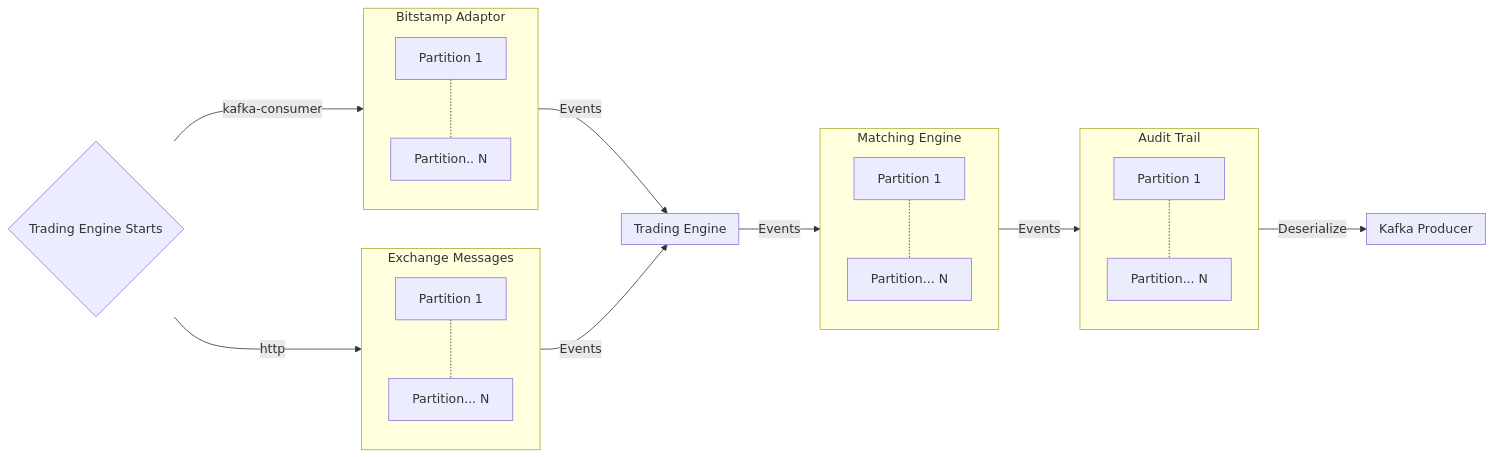
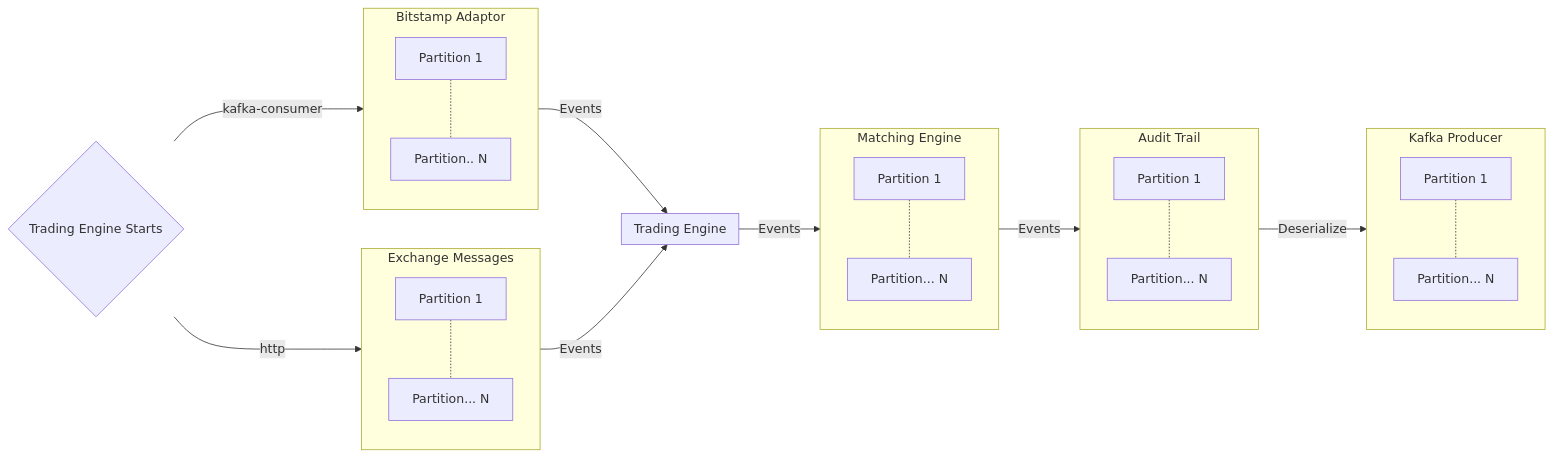
One commit to christopherrons/herron-trading-engine changed the diagram in docs/data-flow.md. Above: the diagram before and after it, drawn with Mermaid.

````diff
--- a/docs/data-flow.md
+++ b/docs/data-flow.md
@@ -11,32 +11,33 @@
 ```mermaid
 flowchart LR;
     TES{Trading Engine Starts} ---> |kafka-consumer| BA
     TES{Trading Engine Starts} ---> |http| EXM
     
     subgraph BA[Bitstamp Adaptor]
         BSP1[Partition 1] -.- BSPN[Partition.. N]
     end
     
    subgraph EXM[Exchange Messages]
         EXP1[Partition 1] -.- EXP1N[Partition... N]
     end
     
     BA --> |Events| TAE
     EXM --> |Events|TAE
     subgraph TAE[Trading Engine]
     end
     
     TAE --> |Events| MAE
     subgraph MAE[Matching Engine]
        MAEP1[Partition 1] -.- MAEPN[Partition... N]
     end
     
     MAE --> |Events| AUT
     subgraph AUT[Audit Trail]
         AUTP1[Partition 1] -.- AUTPN[Partition... N]
     end
     
     AUT --> |Deserialize| KP
     subgraph KP[Kafka Producer]
+            KPTP1[Partition 1] -.- KPTPN[Partition... N]
     end
 ```
````
